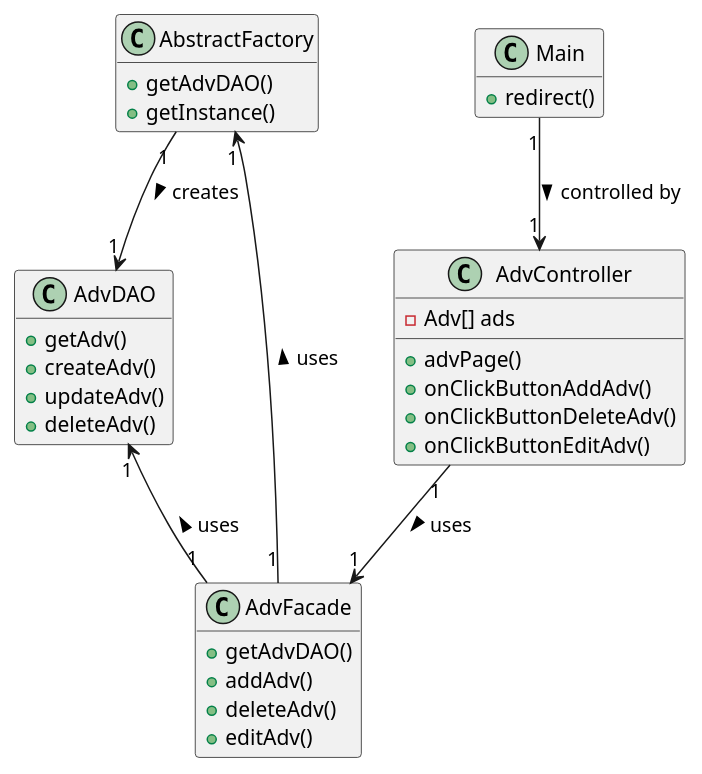
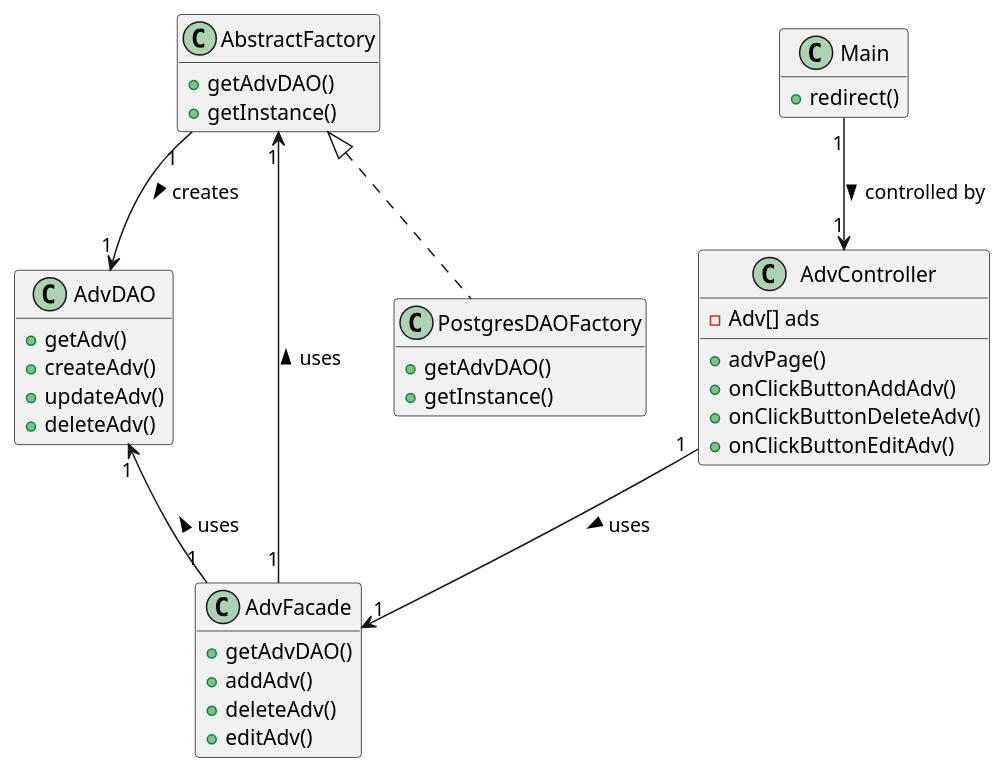
The diagram in doc/reports/final/ad/ad_classDiagram.plantuml (iusildra/WineCellar), drawn with PlantUML before and after one commit.

Commit message:
fixing class diagram

```diff
--- a/doc/reports/final/ad/ad_classDiagram.plantuml
+++ b/doc/reports/final/ad/ad_classDiagram.plantuml
@@ -1,46 +1,51 @@
 @startuml
 
 hide empty members
 
 class "Main" as UI {
     +redirect()
 }
 
 class "AdvController" as Controller {
     -Adv[] ads
     +advPage()
     +onClickButtonAddAdv()
     +onClickButtonDeleteAdv()
     +onClickButtonEditAdv()
 }
 
 class "AdvFacade" as Facade {
     +getAdvDAO()
     +addAdv()
     +deleteAdv()
     +editAdv()
 }
 
 class "AdvDAO" as DAO {
 
     +getAdv()
     +createAdv()
     +updateAdv()
     +deleteAdv()
 
 }
 
 class AbstractFactory {
     +getAdvDAO()
     +getInstance()
 }
 
+class PostgresDAOFactory implements AbstractFactory {
+    +getAdvDAO()
+    +getInstance()
+}
+
 UI       "1" -->  "1" Controller: > controlled by
 Controller "1" -->  "1" Facade: > uses
 Facade     "1" -u-> "1" AbstractFactory: > uses
 AbstractFactory    "1" -->  "1" DAO: > creates
 Facade     "1" -u-> "1" DAO: > uses
 
 
 
 @enduml
```
